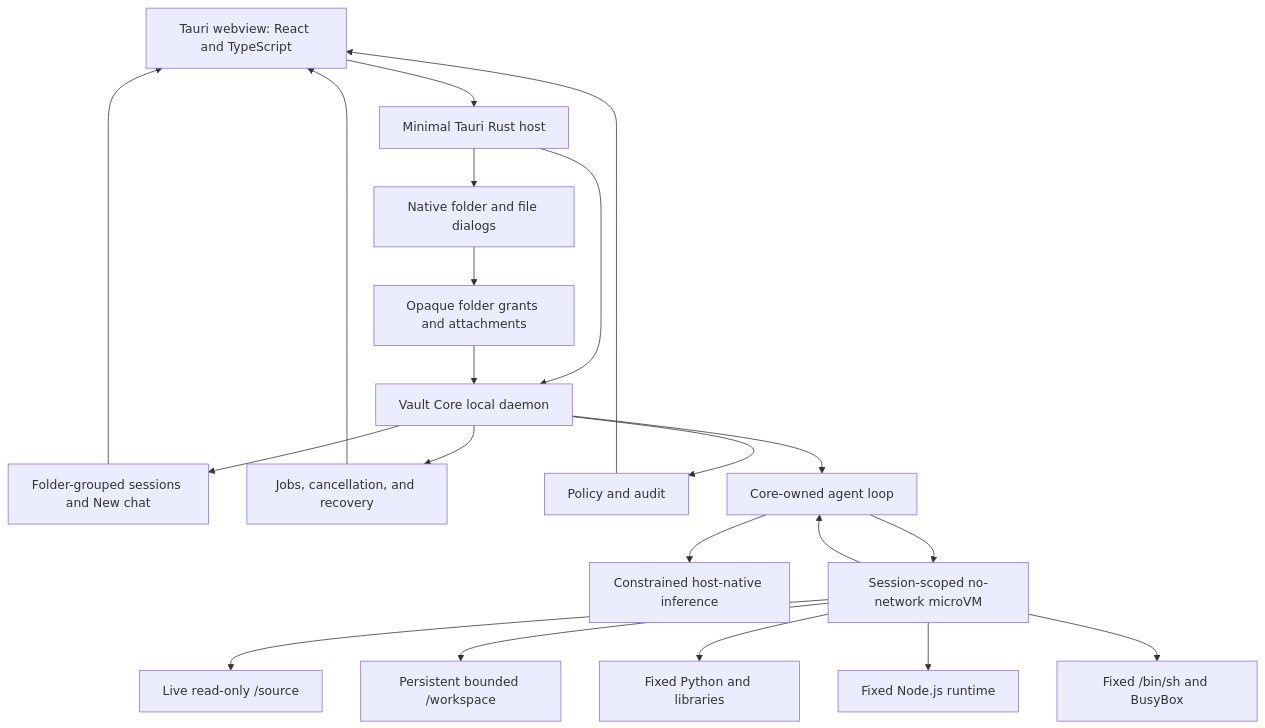
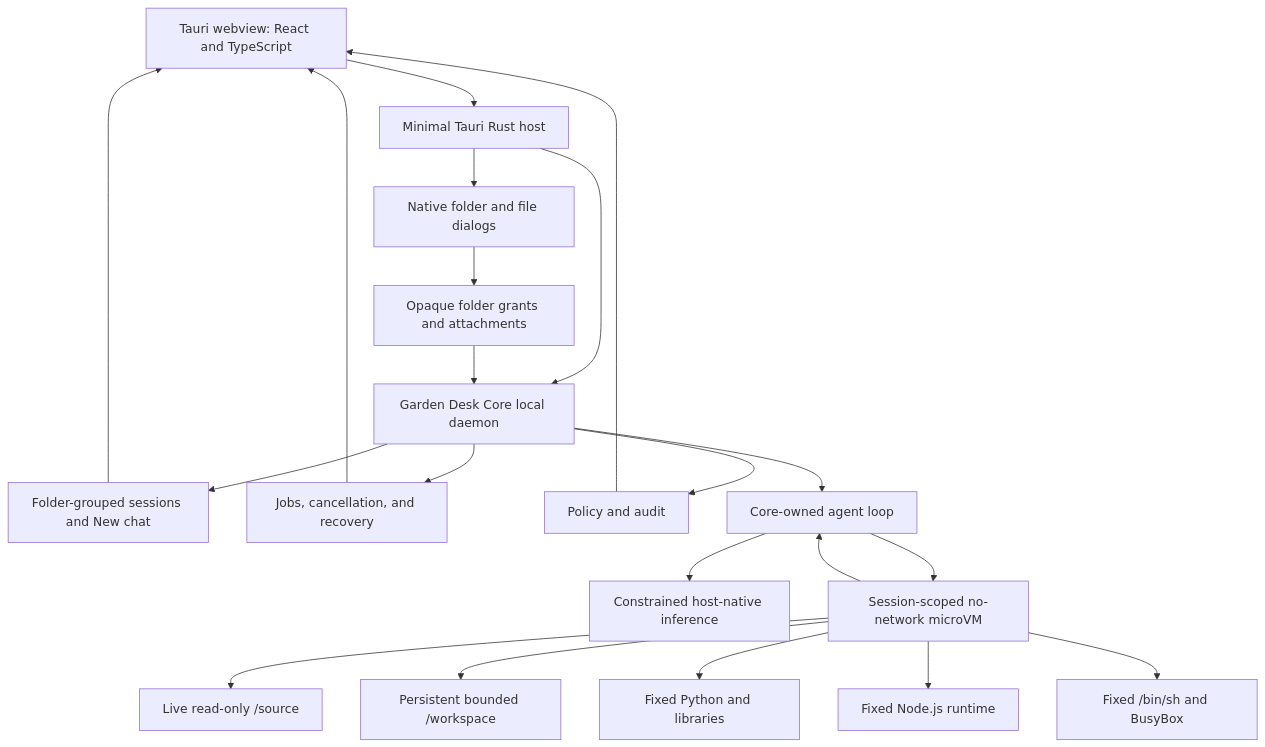
The diagram in docs/diagrams/desktop-architecture.md (alex-alecu/garden-desk), drawn with Mermaid before and after one commit. The commit also changed other lines of this file and 416 other files, not shown here.

Commit message:
chore: complete Garden Desk identity rename

````diff
--- a/docs/diagrams/desktop-architecture.md
+++ b/docs/diagrams/desktop-architecture.md
@@ -5,26 +5,26 @@
 ```mermaid
 flowchart TD
     UI["Tauri webview: React and TypeScript"] --> Host["Minimal Tauri Rust host"]
-    Host --> Core["Vault Core local daemon"]
+    Host --> Core["Garden Desk Core local daemon"]
     Host --> Dialogs["Native folder and file dialogs"]
     Dialogs --> Grants["Opaque folder grants and attachments"]
     Grants --> Core
 
     Core --> Sessions["Folder-grouped sessions and New chat"]
     Core --> Jobs["Jobs, cancellation, and recovery"]
     Core --> Policy["Policy and audit"]
     Core --> Agent["Core-owned agent loop"]
 
     Agent --> Inference["Constrained host-native inference"]
     Agent --> VM["Session-scoped no-network microVM"]
     VM --> Inputs["Live read-only /source"]
     VM --> Scratch["Persistent bounded /workspace"]
     VM --> Python["Fixed Python and libraries"]
     VM --> Node["Fixed Node.js runtime"]
     VM --> Shell["Fixed /bin/sh and BusyBox"]
     VM --> Agent
 
     Sessions --> UI
     Jobs --> UI
     Policy --> UI
 ```
````
